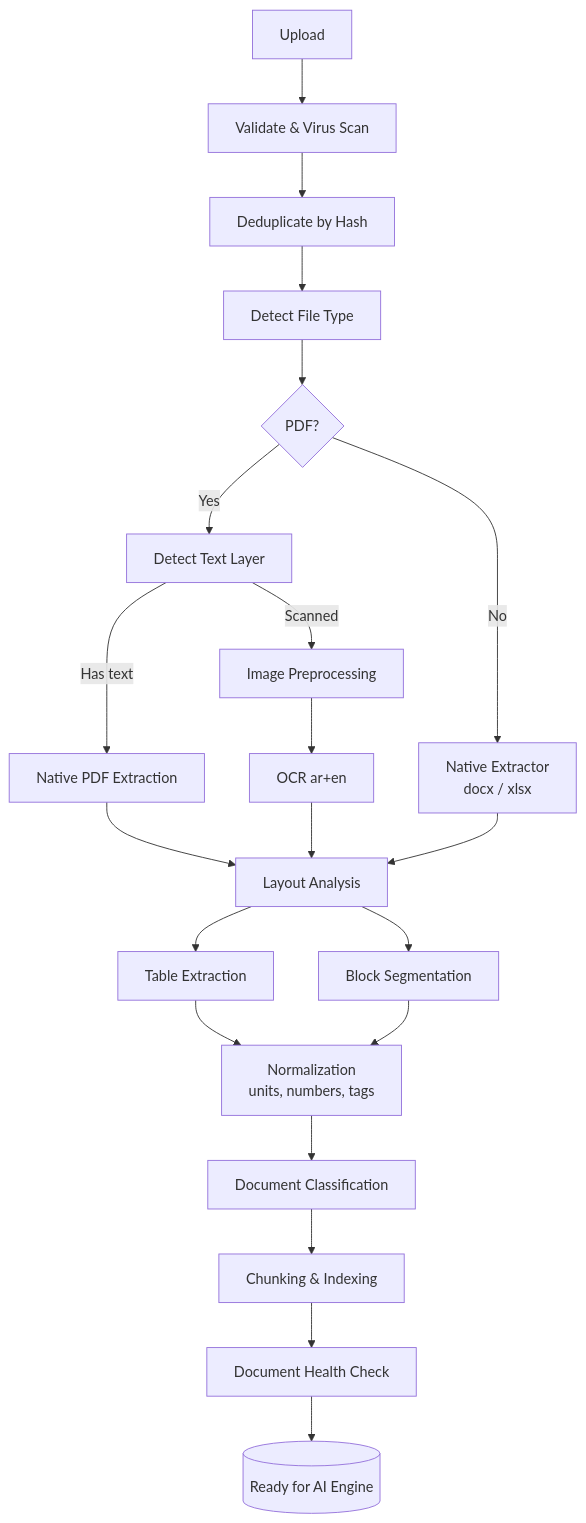
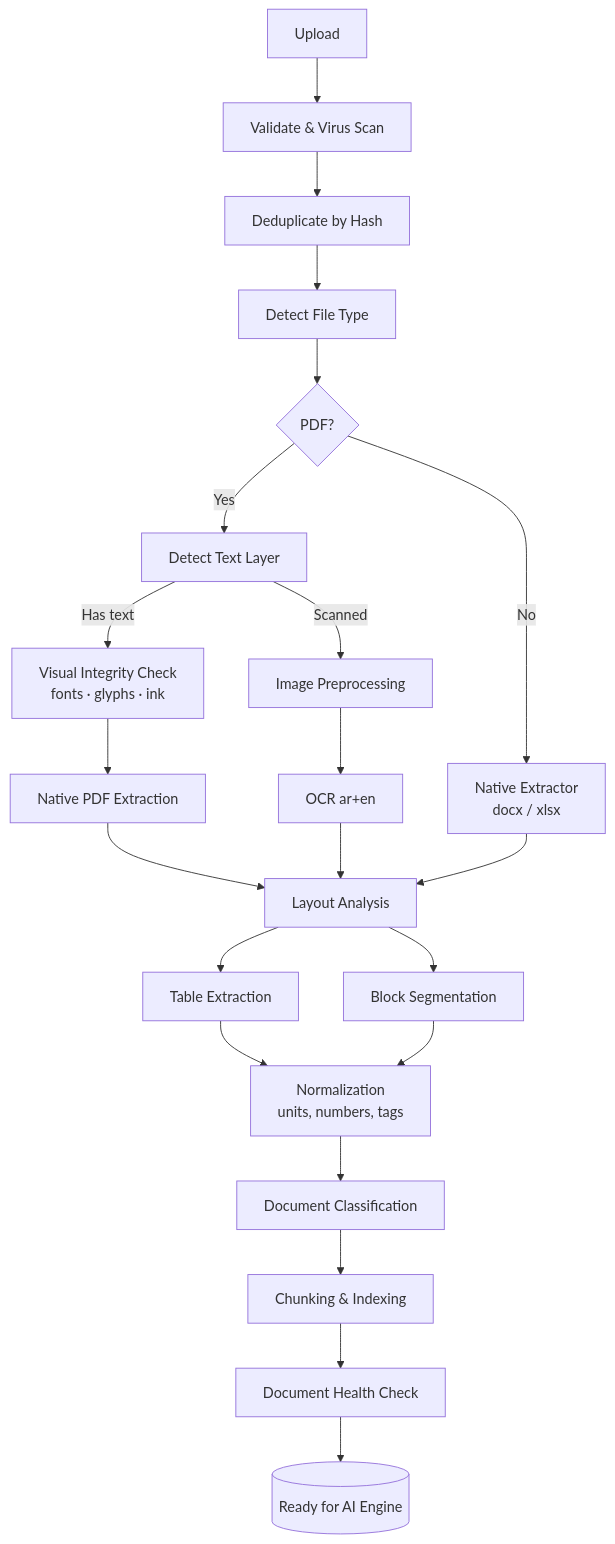
The diagram in docs/01-DOCUMENT-PROCESSING.md (aalfadhala10/travel-itinerary-skill), drawn with Mermaid before and after one commit. The commit also changed other lines of this file and 2 other files, not shown here.

````diff
--- a/docs/01-DOCUMENT-PROCESSING.md
+++ b/docs/01-DOCUMENT-PROCESSING.md
@@ -17,23 +17,24 @@
 ```mermaid
 flowchart TD
     A[Upload] --> B[Validate & Virus Scan]
     B --> C[Deduplicate by Hash]
     C --> D[Detect File Type]
     D --> E{PDF?}
     E -->|Yes| F[Detect Text Layer]
     E -->|No| G[Native Extractor<br/>docx / xlsx]
-    F -->|Has text| H[Native PDF Extraction]
+    F -->|Has text| V[Visual Integrity Check<br/>fonts · glyphs · ink]
+    V --> H[Native PDF Extraction]
     F -->|Scanned| I[Image Preprocessing]
     I --> J[OCR ar+en]
     H --> K[Layout Analysis]
     J --> K
     G --> K
     K --> L[Table Extraction]
     K --> M[Block Segmentation]
     L --> N[Normalization<br/>units, numbers, tags]
     M --> N
     N --> O[Document Classification]
     O --> P[Chunking & Indexing]
     P --> Q[Document Health Check]
     Q --> R[(Ready for AI Engine)]
 ```
````
